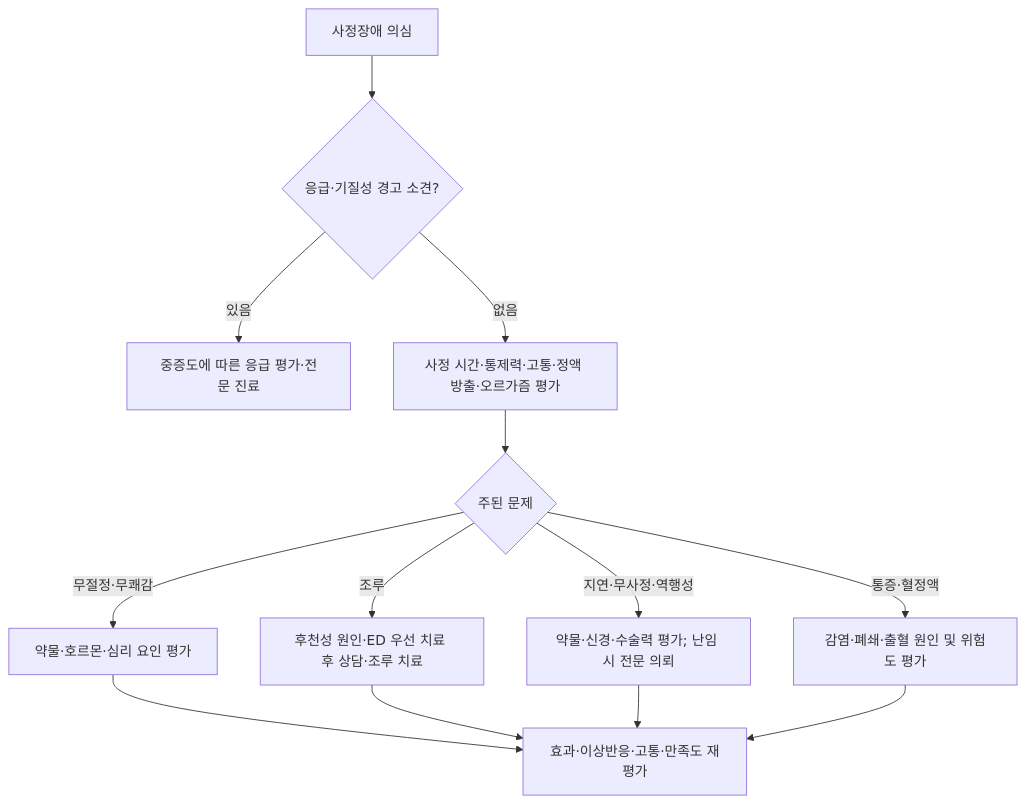
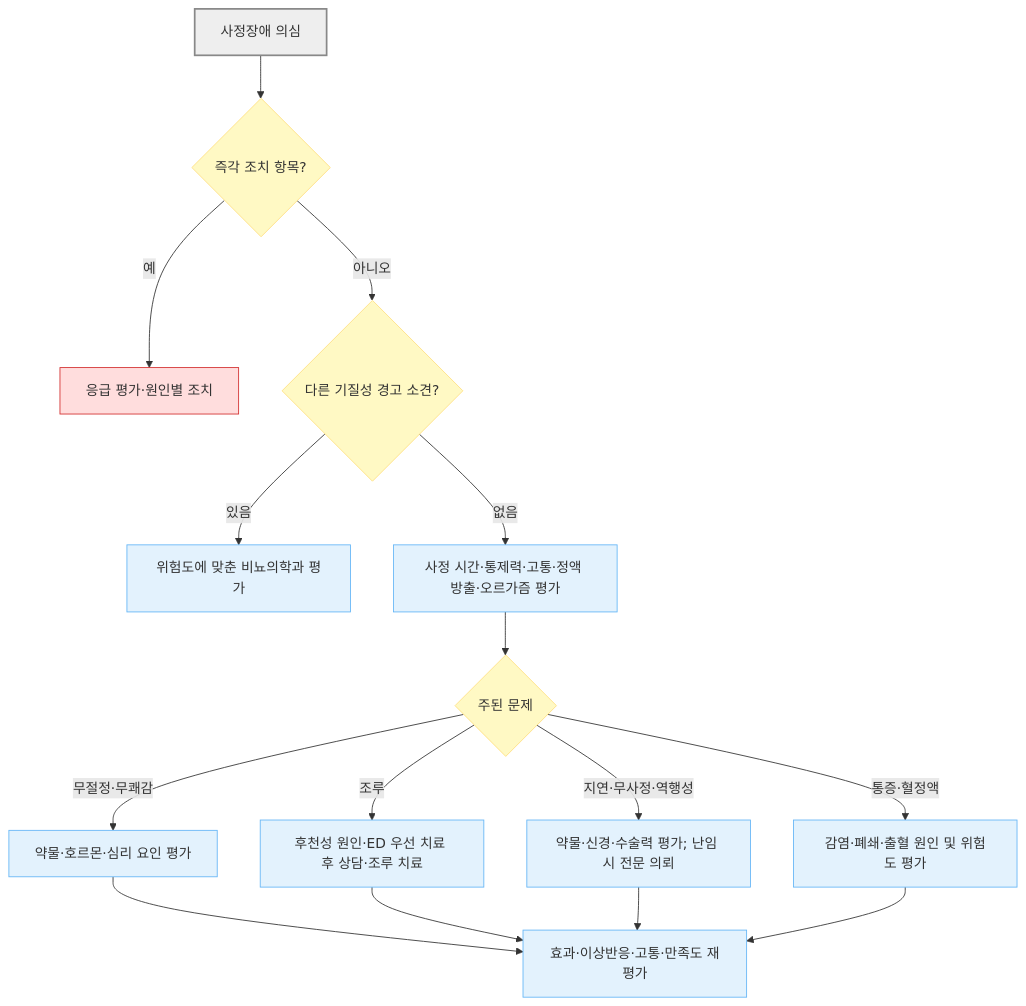
Before and after one commit to familyoh77/familyoh77: the second of 3 diagrams in 227_/132_-sexual-dysfunction.md, drawn with Mermaid. The commit also changed other lines of this file and 10 other files, not shown here.

````diff
--- a/227_/132_-sexual-dysfunction.md
+++ b/227_/132_-sexual-dysfunction.md
@@ -355,15 +372,25 @@
 ```mermaid
 flowchart TD
-    A["사정장애 의심"] --> B{"응급·기질성 경고 소견?"}
-    B -->|있음| C["중증도에 따른 응급 평가·전문 진료"]
-    B -->|없음| D["사정 시간·통제력·고통·정액 방출·오르가즘 평가"]
+    A["사정장애 의심"] --> RF{"즉각 조치 항목?"}
+    RF -- "예" --> ER["응급 평가·원인별 조치"]
+    RF -- "아니오" --> B{"다른 기질성 경고 소견?"}
+    B -- "있음" --> C["위험도에 맞춘 비뇨의학과 평가"]
+    B -- "없음" --> D["사정 시간·통제력·고통·정액 방출·오르가즘 평가"]
     D --> E{"주된 문제"}
-    E -->|조루| F["후천성 원인·ED 우선 치료 후 상담·조루 치료"]
-    E -->|지연·무사정·역행성| G["약물·신경·수술력 평가; 난임 시 전문 의뢰"]
-    E -->|통증·혈정액| H["감염·폐쇄·출혈 원인 및 위험도 평가"]
-    E -->|무절정·무쾌감| K["약물·호르몬·심리 요인 평가"]
+    E -- "조루" --> F["후천성 원인·ED 우선 치료 후 상담·조루 치료"]
+    E -- "지연·무사정·역행성" --> G["약물·신경·수술력 평가; 난임 시 전문 의뢰"]
+    E -- "통증·혈정액" --> H["감염·폐쇄·출혈 원인 및 위험도 평가"]
+    E -- "무절정·무쾌감" --> K["약물·호르몬·심리 요인 평가"]
     K --> I
     F --> I["효과·이상반응·고통·만족도 재평가"]
     G --> I
     H --> I
+    classDef start fill:#eeeeee,stroke:#888888,stroke-width:2px
+    classDef question fill:#fff9c4,stroke:#ffe082
+    classDef emergency fill:#ffdddd,stroke:#d32f2f
+    classDef care fill:#e3f2fd,stroke:#64b5f6
+    class A start
+    class B,E,RF question
+    class ER emergency
+    class C,D,F,G,H,I,K care
 ```
````
